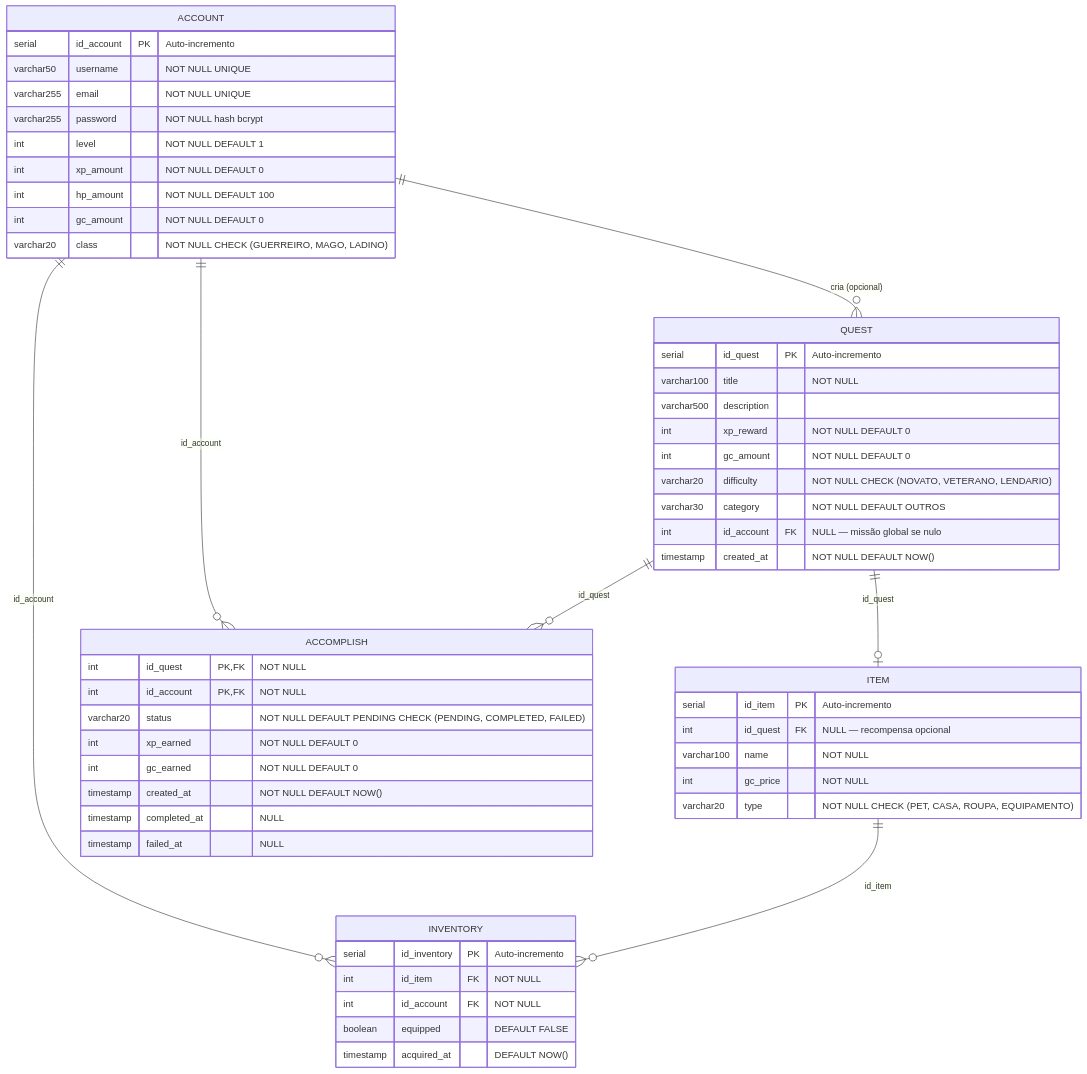
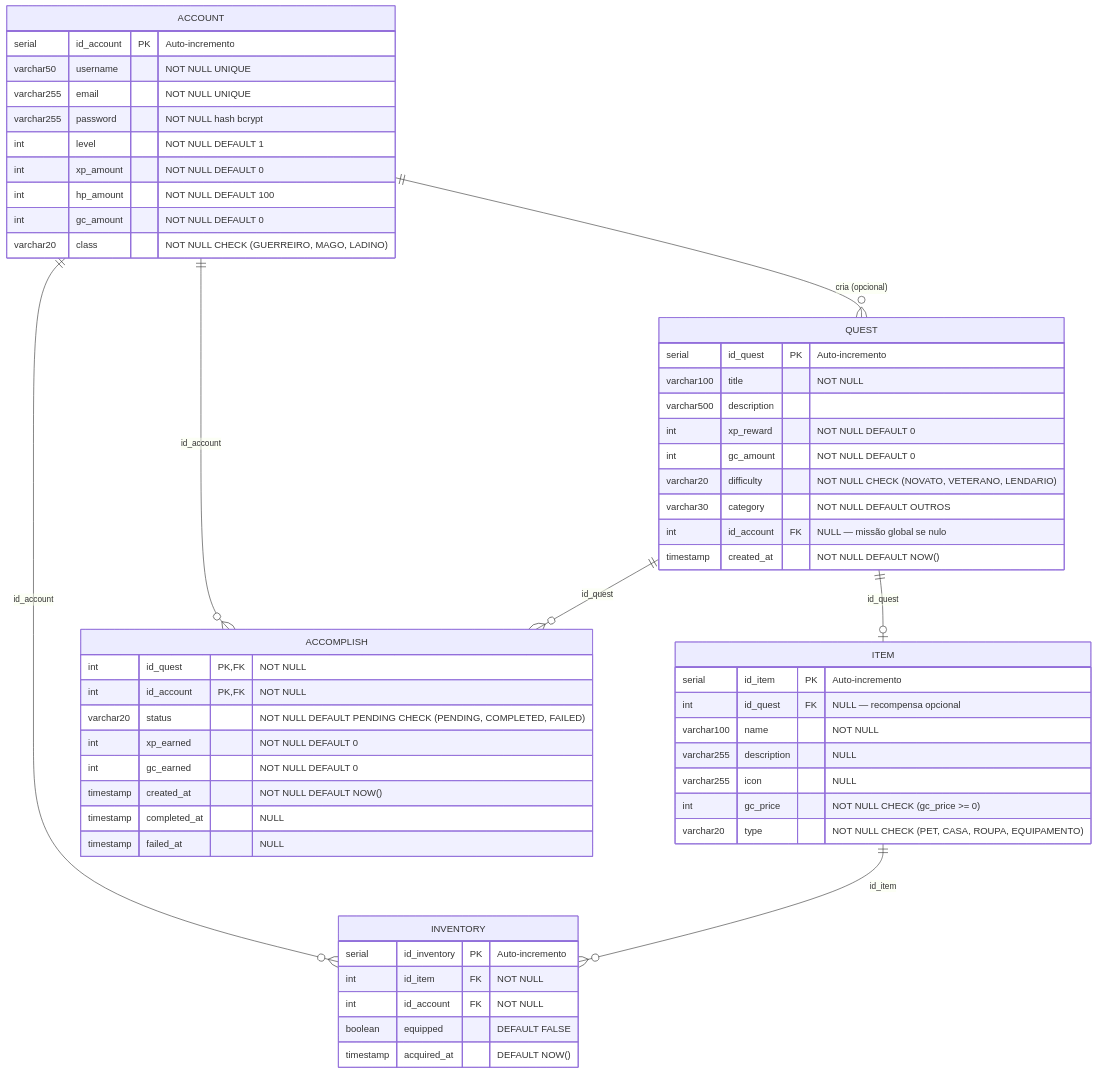
The diagram in docs/diagrams/Diagrama_Relacional.md (rapf-ht/Level-Up), drawn with Mermaid before and after one commit. The commit also changed other lines of this file and 12 other files, not shown here.

````diff
--- a/docs/diagrams/Diagrama_Relacional.md
+++ b/docs/diagrams/Diagrama_Relacional.md
@@ -5,60 +5,62 @@
 ```mermaid
 erDiagram
     ACCOUNT {
         serial      id_account  PK  "Auto-incremento"
         varchar50   username        "NOT NULL UNIQUE"
         varchar255  email           "NOT NULL UNIQUE"
         varchar255  password        "NOT NULL hash bcrypt"
         int         level           "NOT NULL DEFAULT 1"
         int         xp_amount       "NOT NULL DEFAULT 0"
         int         hp_amount       "NOT NULL DEFAULT 100"
         int         gc_amount       "NOT NULL DEFAULT 0"
         varchar20   class           "NOT NULL CHECK (GUERREIRO, MAGO, LADINO)"
     }
 
     QUEST {
         serial          id_quest     PK  "Auto-incremento"
         varchar100      title            "NOT NULL"
         varchar500      description
         int             xp_reward        "NOT NULL DEFAULT 0"
         int             gc_amount        "NOT NULL DEFAULT 0"
         varchar20       difficulty       "NOT NULL CHECK (NOVATO, VETERANO, LENDARIO)"
         varchar30       category         "NOT NULL DEFAULT OUTROS"
         int             id_account   FK  "NULL — missão global se nulo"
         timestamp       created_at       "NOT NULL DEFAULT NOW()"
     }
 
     ITEM {
-        serial         id_item   PK  "Auto-incremento"
-        int            id_quest  FK  "NULL — recompensa opcional"
-        varchar100     name          "NOT NULL"
-        int            gc_price      "NOT NULL"
-        varchar20      type          "NOT NULL CHECK (PET, CASA, ROUPA, EQUIPAMENTO)"
+        serial         id_item     PK  "Auto-incremento"
+        int            id_quest    FK  "NULL — recompensa opcional"
+        varchar100     name            "NOT NULL"
+        varchar255     description     "NULL"
+        varchar255     icon            "NULL"
+        int            gc_price        "NOT NULL CHECK (gc_price >= 0)"
+        varchar20      type            "NOT NULL CHECK (PET, CASA, ROUPA, EQUIPAMENTO)"
     }
 
     INVENTORY {
         serial    id_inventory  PK  "Auto-incremento"
         int       id_item       FK  "NOT NULL"
         int       id_account    FK  "NOT NULL"
         boolean   equipped          "DEFAULT FALSE"
         timestamp acquired_at       "DEFAULT NOW()"
     }
 
     ACCOMPLISH {
         int       id_quest     PK, FK  "NOT NULL"
         int       id_account   PK, FK  "NOT NULL"
         varchar20 status               "NOT NULL DEFAULT PENDING CHECK (PENDING, COMPLETED, FAILED)"
         int       xp_earned            "NOT NULL DEFAULT 0"
         int       gc_earned            "NOT NULL DEFAULT 0"
         timestamp created_at           "NOT NULL DEFAULT NOW()"
         timestamp completed_at         "NULL"
         timestamp failed_at            "NULL"
     }
 
     ACCOUNT     ||--o{ QUEST       : "cria (opcional)"
     ACCOUNT     ||--o{ ACCOMPLISH  : "id_account"
     QUEST       ||--o{ ACCOMPLISH  : "id_quest"
     QUEST       ||--o| ITEM        : "id_quest"
     ACCOUNT     ||--o{ INVENTORY   : "id_account"
     ITEM        ||--o{ INVENTORY   : "id_item"
 ```
````
